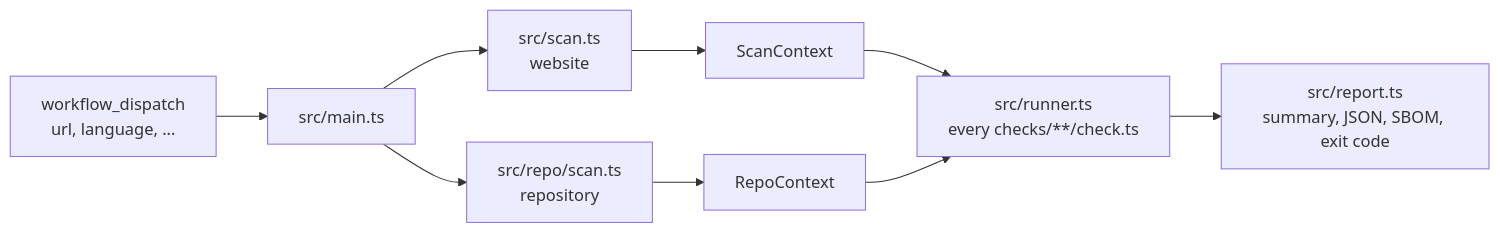
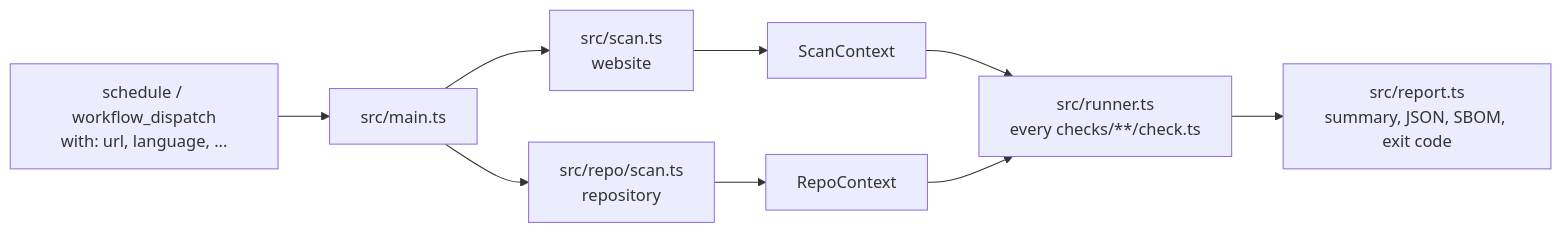
The diagram in dev/architecture.md (kreativ-anders/rechtzeitig), drawn with Mermaid before and after one commit. The commit also changed other lines of this file and 21 other files, not shown here.

````diff
--- a/dev/architecture.md
+++ b/dev/architecture.md
@@ -3,11 +3,11 @@
 ```mermaid
 flowchart LR
-  W[workflow_dispatch<br/>url, language, ...] --> M[src/main.ts]
+  W[schedule / workflow_dispatch<br/>with: url, language, ...] --> M[src/main.ts]
   M --> S[src/scan.ts<br/>website]
   M --> RS[src/repo/scan.ts<br/>repository]
   S --> C[ScanContext]
   RS --> RC[RepoContext]
   C --> R[src/runner.ts<br/>every checks/**/check.ts]
   RC --> R
   R --> O[src/report.ts<br/>summary, JSON, SBOM, exit code]
 ```
````
